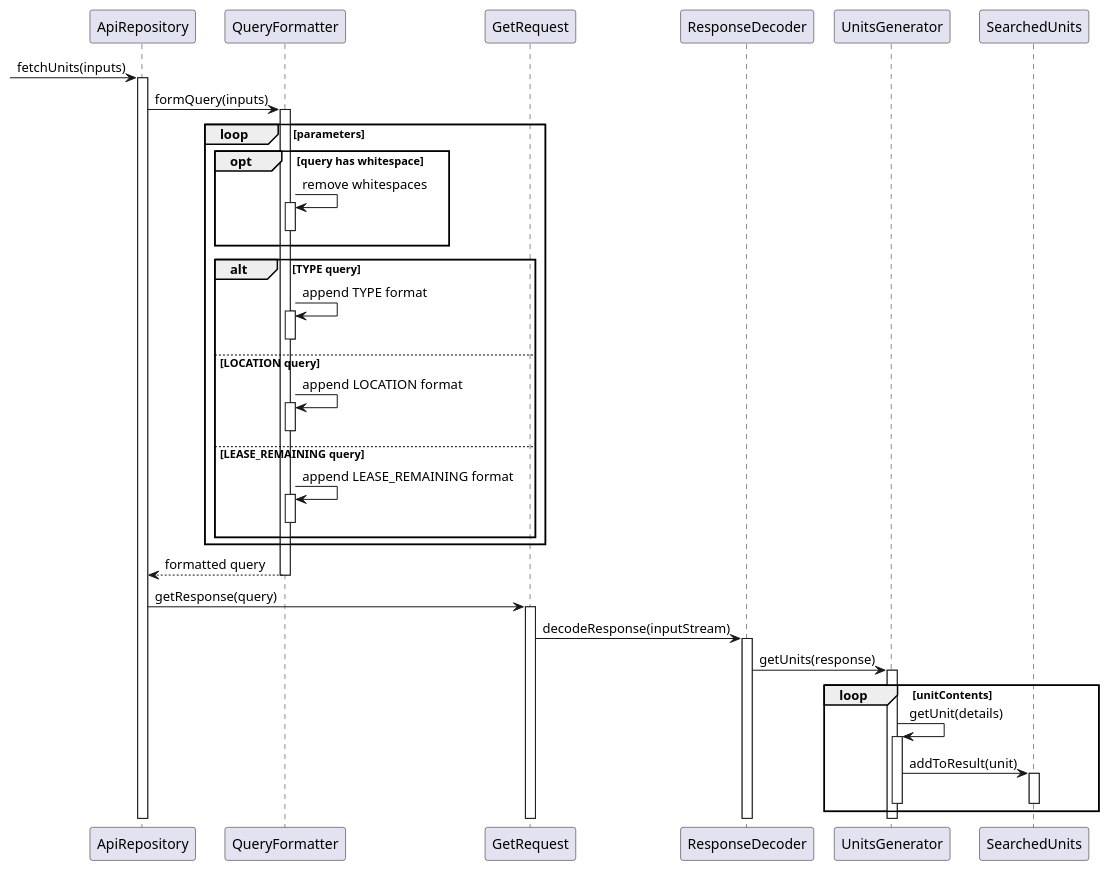
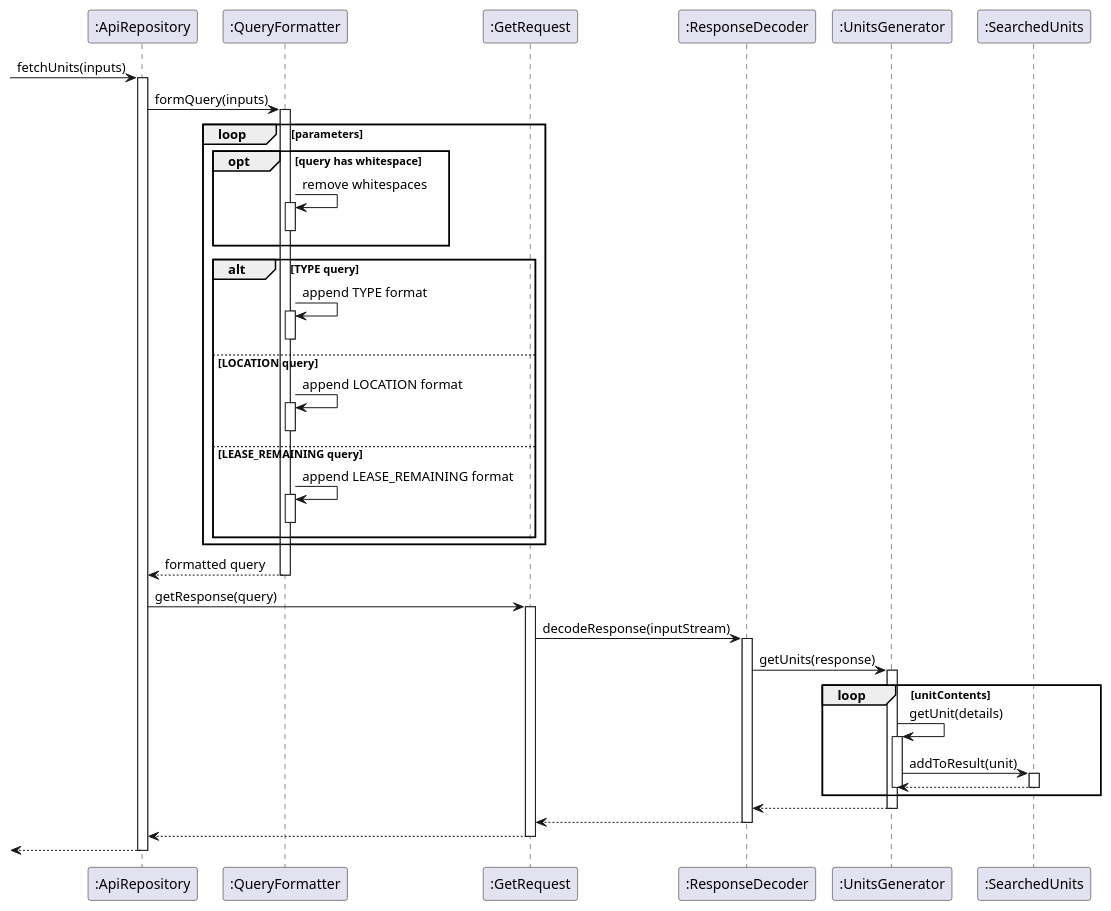
One commit to nus-cs2113-AY2021S2/tp changed the diagram in docs/diagrams/ApiSequence.puml. Above: the diagram before and after it, drawn with PlantUML. The commit also changed 5 other files, not shown here.

Commit message:
Edit diagrams

```diff
--- a/docs/diagrams/ApiSequence.puml
+++ b/docs/diagrams/ApiSequence.puml
@@ -1,48 +1,53 @@
 @startuml
 'https://plantuml.com/sequence-diagram
 
-[-> ApiRepository: fetchUnits(inputs)
-activate ApiRepository
-ApiRepository -> QueryFormatter: formQuery(inputs)
-activate QueryFormatter
+[-> ":ApiRepository": fetchUnits(inputs)
+activate ":ApiRepository"
+":ApiRepository" -> ":QueryFormatter": formQuery(inputs)
+activate ":QueryFormatter"
 loop parameters
     opt query has whitespace
-    QueryFormatter -> QueryFormatter: remove whitespaces
-    activate QueryFormatter
-    deactivate QueryFormatter
+    ":QueryFormatter" -> ":QueryFormatter": remove whitespaces
+    activate ":QueryFormatter"
+    deactivate ":QueryFormatter"
     end
     alt TYPE query
-    QueryFormatter -> QueryFormatter: append TYPE format
-    activate QueryFormatter
-    deactivate QueryFormatter
+    ":QueryFormatter" -> ":QueryFormatter": append TYPE format
+    activate ":QueryFormatter"
+    deactivate ":QueryFormatter"
     else LOCATION query
-    QueryFormatter -> QueryFormatter: append LOCATION format
-    activate QueryFormatter
-    deactivate QueryFormatter
+    ":QueryFormatter" -> ":QueryFormatter": append LOCATION format
+    activate ":QueryFormatter"
+    deactivate ":QueryFormatter"
     else LEASE_REMAINING query
-    QueryFormatter -> QueryFormatter: append LEASE_REMAINING format
-    activate QueryFormatter
-    deactivate QueryFormatter
+    ":QueryFormatter" -> ":QueryFormatter": append LEASE_REMAINING format
+    activate ":QueryFormatter"
+    deactivate ":QueryFormatter"
     end
 end
-ApiRepository <-- QueryFormatter: formatted query
-deactivate QueryFormatter
-ApiRepository -> GetRequest: getResponse(query)
-activate GetRequest
-GetRequest -> ResponseDecoder: decodeResponse(inputStream)
-activate ResponseDecoder
-ResponseDecoder -> UnitsGenerator: getUnits(response)
-activate UnitsGenerator
+":ApiRepository" <-- ":QueryFormatter": formatted query
+deactivate ":QueryFormatter"
+":ApiRepository" -> ":GetRequest": getResponse(query)
+activate ":GetRequest"
+":GetRequest" -> ":ResponseDecoder": decodeResponse(inputStream)
+activate  ":ResponseDecoder"
+ ":ResponseDecoder" -> ":UnitsGenerator": getUnits(response)
+activate ":UnitsGenerator"
 loop unitContents
-    UnitsGenerator -> UnitsGenerator: getUnit(details)
-    activate UnitsGenerator
-    UnitsGenerator -> SearchedUnits: addToResult(unit)
-    activate SearchedUnits
-    deactivate SearchedUnits
-    deactivate UnitsGenerator
+    ":UnitsGenerator" -> ":UnitsGenerator": getUnit(details)
+    activate ":UnitsGenerator"
+    ":UnitsGenerator" -> ":SearchedUnits": addToResult(unit)
+    activate ":SearchedUnits"
+    ":UnitsGenerator" <-- ":SearchedUnits"
+    deactivate ":SearchedUnits"
+    deactivate ":UnitsGenerator"
 end
-deactivate UnitsGenerator
-deactivate ResponseDecoder
-deactivate GetRequest
-deactivate ApiRepository
+ ":ResponseDecoder" <-- ":UnitsGenerator"
+deactivate ":UnitsGenerator"
+":GetRequest" <--  ":ResponseDecoder"
+deactivate  ":ResponseDecoder"
+":ApiRepository" <-- ":GetRequest"
+deactivate ":GetRequest"
+[<-- ":ApiRepository"
+deactivate ":ApiRepository"
 @enduml
```
